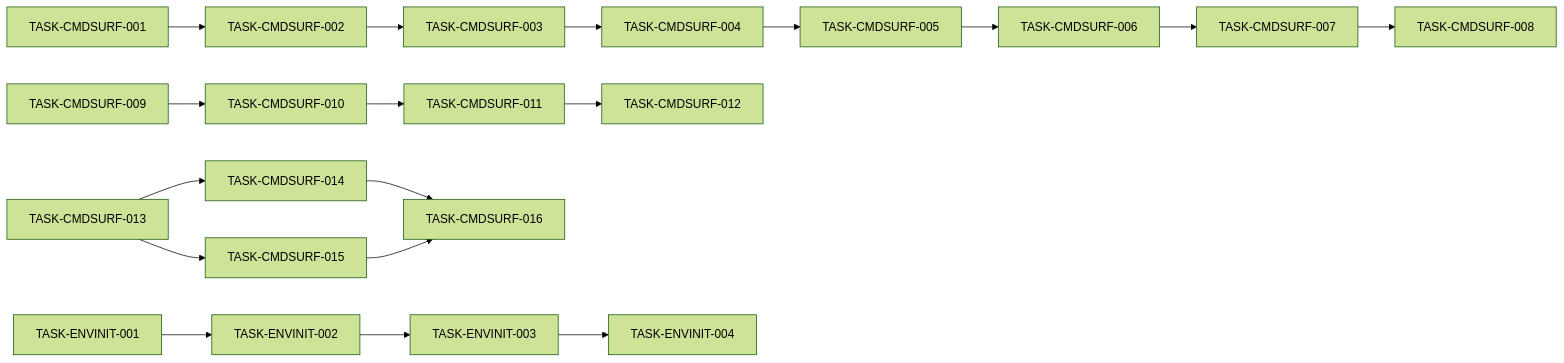
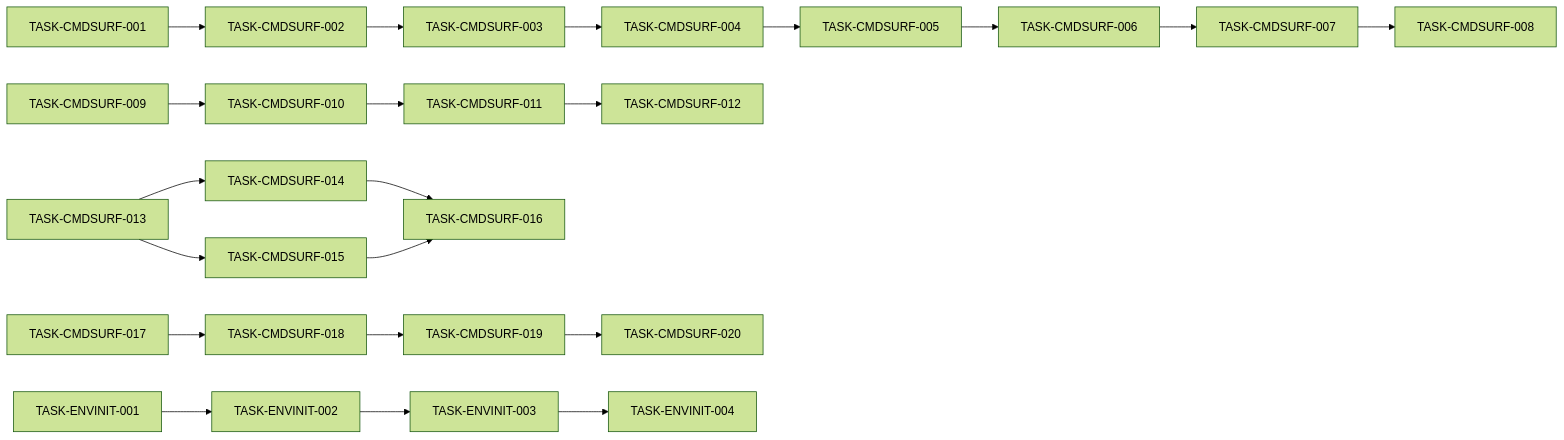
Before and after one commit to hollisyao2024/PromptsEngineering: the diagram in docs/data/task-dependency-matrix.md, drawn with Mermaid (forest theme). The commit also changed other lines of this file and 20 other files, not shown here.

````diff
--- a/docs/data/task-dependency-matrix.md
+++ b/docs/data/task-dependency-matrix.md
@@ -22,20 +25,23 @@
 ```mermaid
 flowchart LR
   T1[TASK-CMDSURF-001] --> T2[TASK-CMDSURF-002]
   T2 --> T3[TASK-CMDSURF-003]
   T3 --> T4[TASK-CMDSURF-004]
   T4 --> T5[TASK-CMDSURF-005]
   T5 --> T6[TASK-CMDSURF-006]
   T6 --> T7[TASK-CMDSURF-007]
   T7 --> T8[TASK-CMDSURF-008]
   C9[TASK-CMDSURF-009] --> C10[TASK-CMDSURF-010]
   C10 --> C11[TASK-CMDSURF-011]
   C11 --> C12[TASK-CMDSURF-012]
   C13[TASK-CMDSURF-013] --> C14[TASK-CMDSURF-014]
   C13 --> C15[TASK-CMDSURF-015]
   C14 --> C16[TASK-CMDSURF-016]
   C15 --> C16
+  W17[TASK-CMDSURF-017] --> W18[TASK-CMDSURF-018]
+  W18 --> W19[TASK-CMDSURF-019]
+  W19 --> W20[TASK-CMDSURF-020]
   E1[TASK-ENVINIT-001] --> E2[TASK-ENVINIT-002]
   E2 --> E3[TASK-ENVINIT-003]
   E3 --> E4[TASK-ENVINIT-004]
 ```
````
